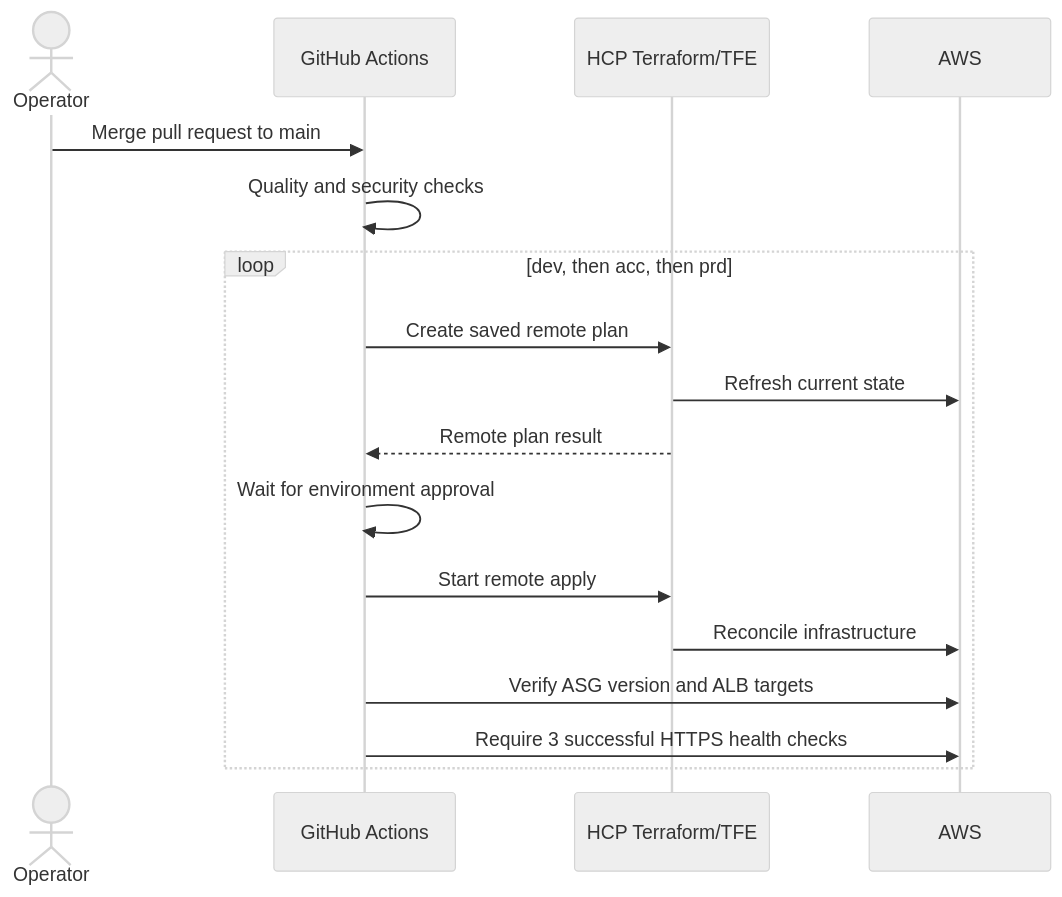
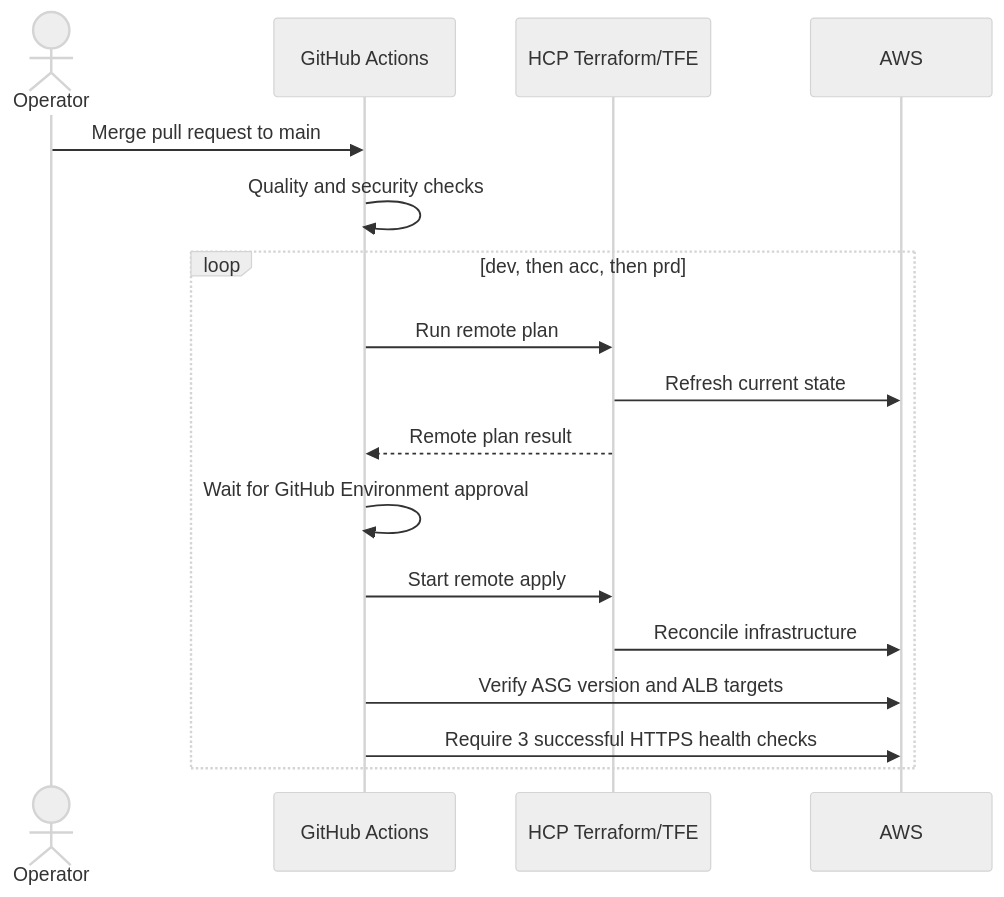
The second of 2 diagrams in README.md (dxnishG/AWS-Multi-Env-Terraform-Template), drawn with Mermaid (neutral theme) before and after one commit. The commit also changed other lines of this file and 5 other files, not shown here.

```diff
--- a/README.md
+++ b/README.md
@@ -268,20 +304,20 @@
 ~~~mermaid
 sequenceDiagram
     actor Operator
     participant GH as GitHub Actions
     participant TF as HCP Terraform/TFE
     participant AWS
 
     Operator->>GH: Merge pull request to main
     GH->>GH: Quality and security checks
     loop dev, then acc, then prd
-        GH->>TF: Create saved remote plan
+        GH->>TF: Run remote plan
         TF->>AWS: Refresh current state
         TF-->>GH: Remote plan result
-        GH->>GH: Wait for environment approval
+        GH->>GH: Wait for GitHub Environment approval
         GH->>TF: Start remote apply
         TF->>AWS: Reconcile infrastructure
         GH->>AWS: Verify ASG version and ALB targets
         GH->>AWS: Require 3 successful HTTPS health checks
     end
 ~~~
```
